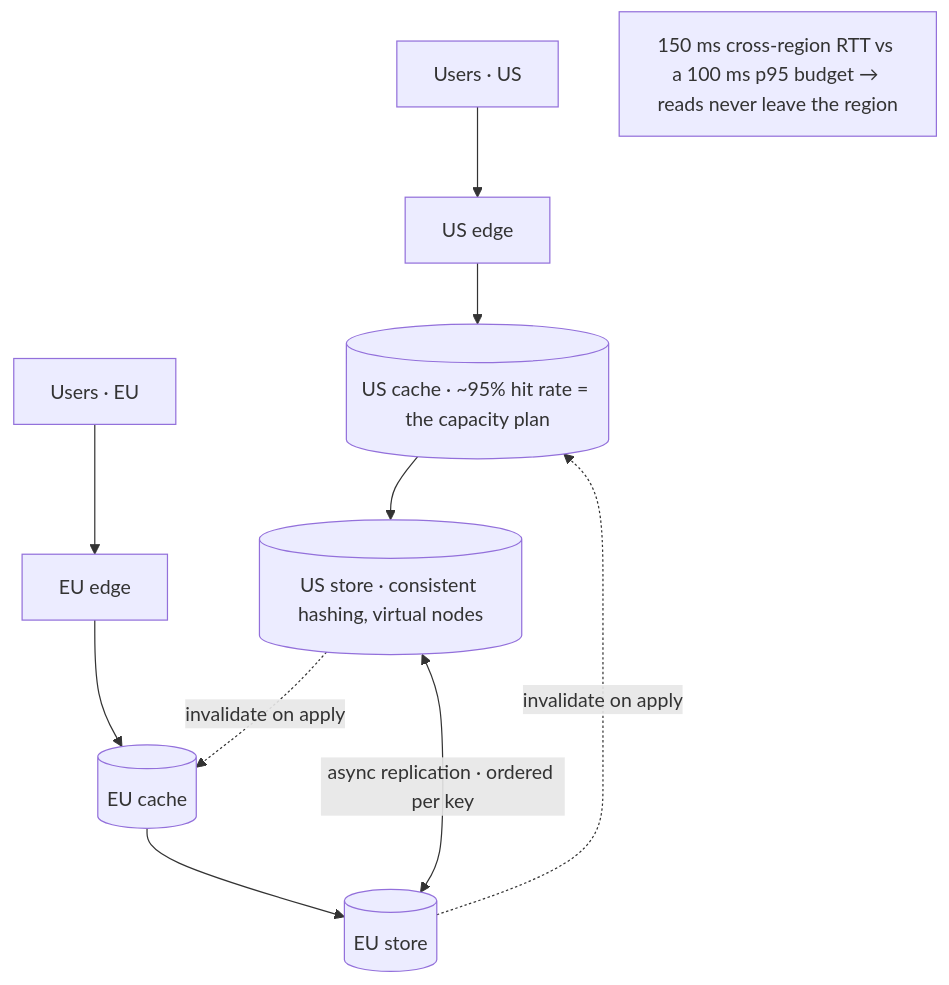
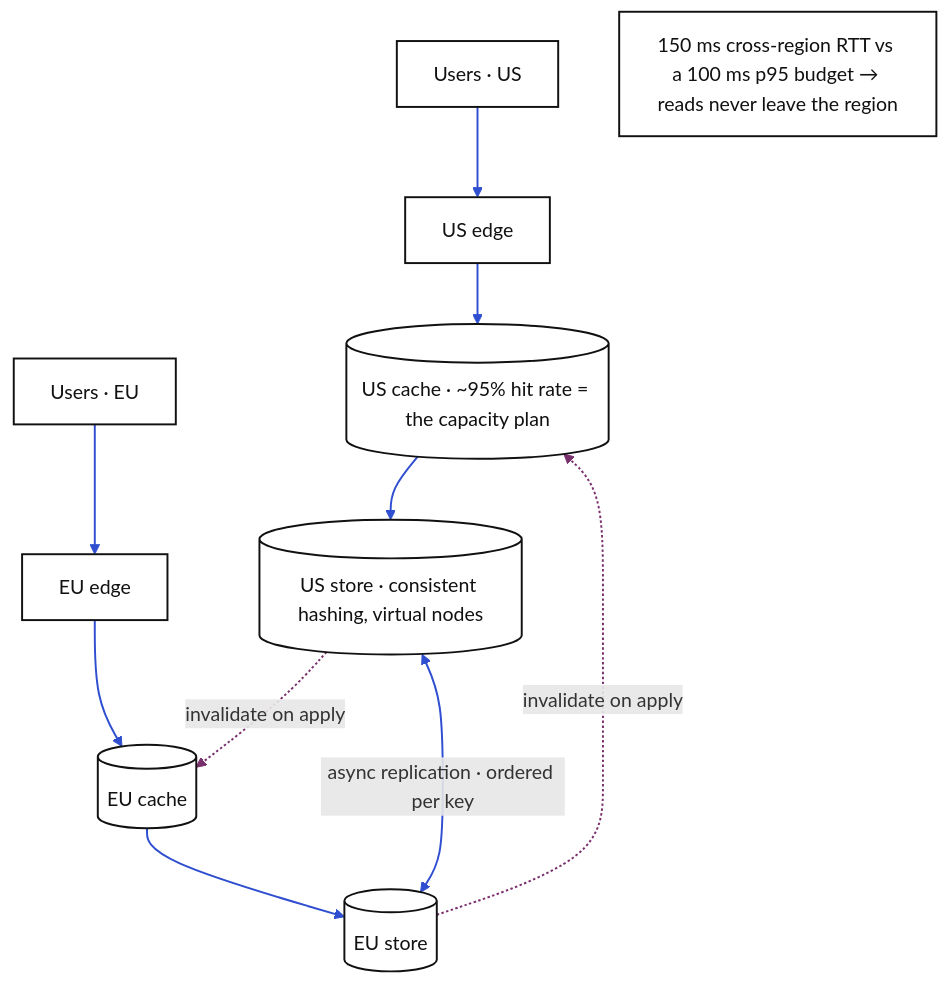
Before and after one commit to kkanakka/kkanakka.github.io: the diagram in diagrams-src/kv-multiregion/architecture.mmd, drawn with Mermaid. The commit also changed 115 other files, not shown here.

First line of the commit message:
Restyle architecture diagrams: black on white, blue sync, purple async

```diff
--- a/diagrams-src/kv-multiregion/architecture.mmd
+++ b/diagrams-src/kv-multiregion/architecture.mmd
@@ -1,13 +1,18 @@
 %% section: Design
 %% caption: Architecture
 flowchart TB
     U1["Users · US"] --> E1["US edge"]
     U2["Users · EU"] --> E2["EU edge"]
     E1 --> C1[("US cache · ~95% hit rate = the capacity plan")]
     E2 --> C2[("EU cache")]
     C1 --> S1[("US store · consistent hashing, virtual nodes")]
     C2 --> S2[("EU store")]
     S1 <-->|"async replication · ordered per key"| S2
     S1 -.->|"invalidate on apply"| C2
     S2 -.->|"invalidate on apply"| C1
     NOTE["150 ms cross-region RTT vs a 100 ms p95 budget → reads never leave the region"]
+%% --- style (generated by scripts/style-flowcharts.js) ---
+    classDef n fill:#ffffff,stroke:#111111,stroke-width:1.6px,color:#111111;
+    class NOTE,U1,E1,U2,E2,C1,C2,S1,S2 n;
+    linkStyle 0,1,2,3,4,5,6 stroke:#2f4fd0,stroke-width:1.6px;
+    linkStyle 7,8 stroke:#7a2f6d,stroke-width:1.6px;
```
